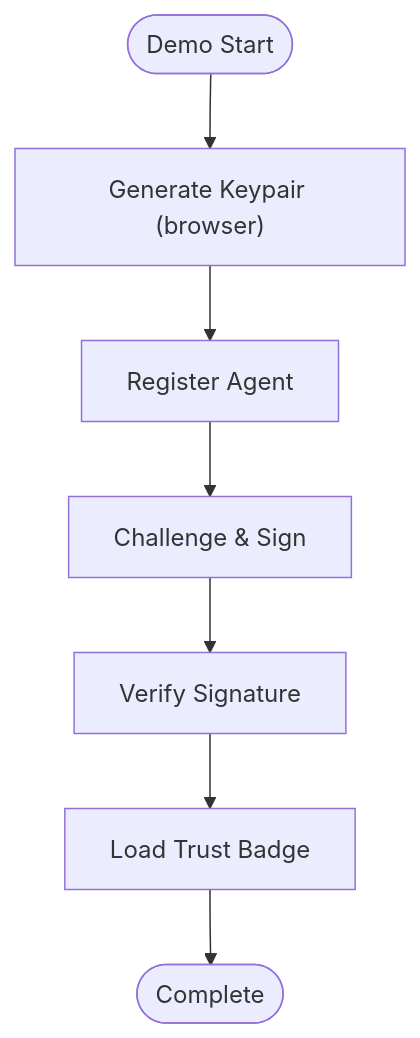
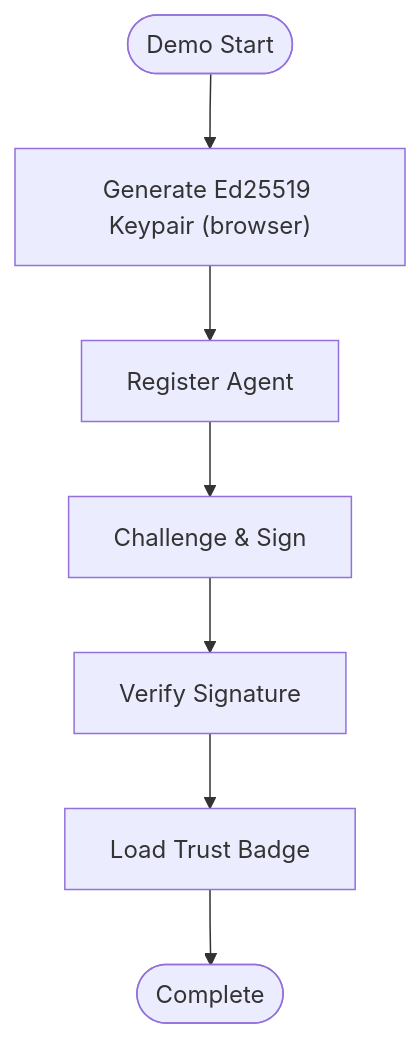
Before and after one commit to RunTimeAdmin/AgentID: the seventh of 9 diagrams in .qoder/repowiki/en/content/Frontend Application/Frontend Application.md, drawn with Mermaid. The commit also changed other lines of this file and 6 other files, not shown here.

````diff
--- a/.qoder/repowiki/en/content/Frontend Application/Frontend Application.md
+++ b/.qoder/repowiki/en/content/Frontend Application/Frontend Application.md
@@ -368,9 +371,9 @@
 ```mermaid
 flowchart TD
-Start(["Demo Start"]) --> Step1["Generate Keypair (browser)"]
+Start(["Demo Start"]) --> Step1["Generate Ed25519 Keypair (browser)"]
 Step1 --> Step2["Register Agent"]
 Step2 --> Step3["Challenge & Sign"]
 Step3 --> Step4["Verify Signature"]
 Step4 --> Step5["Load Trust Badge"]
 Step5 --> End(["Complete"])
 ```
````
